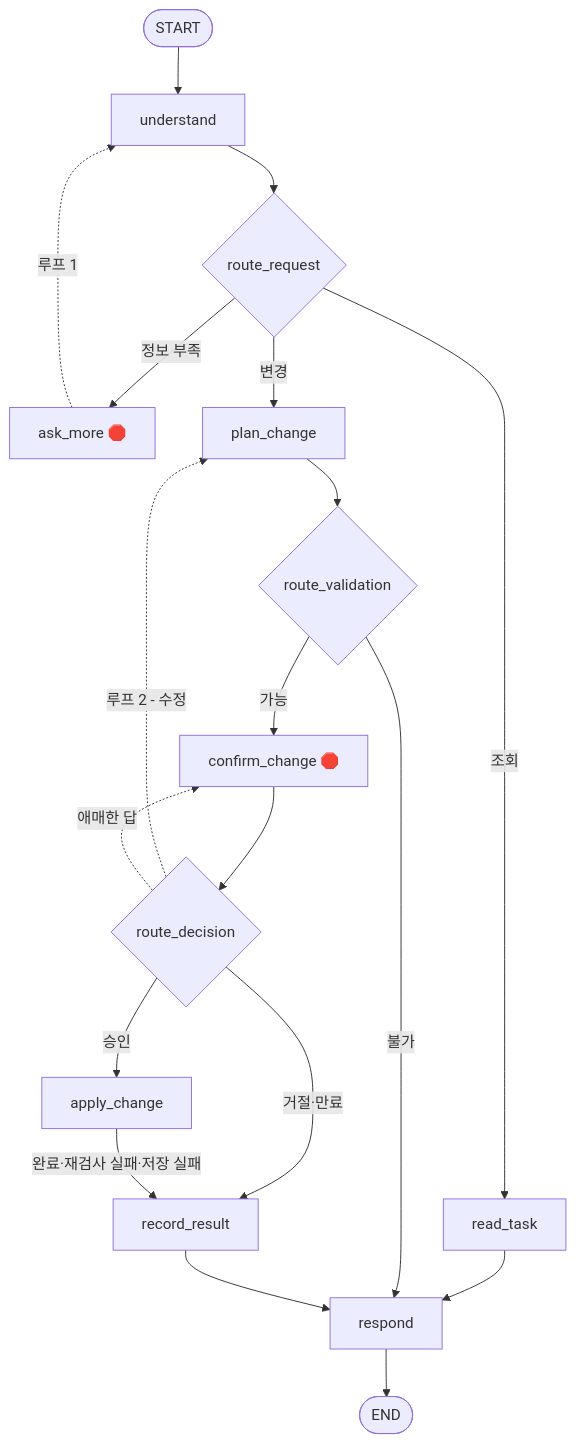
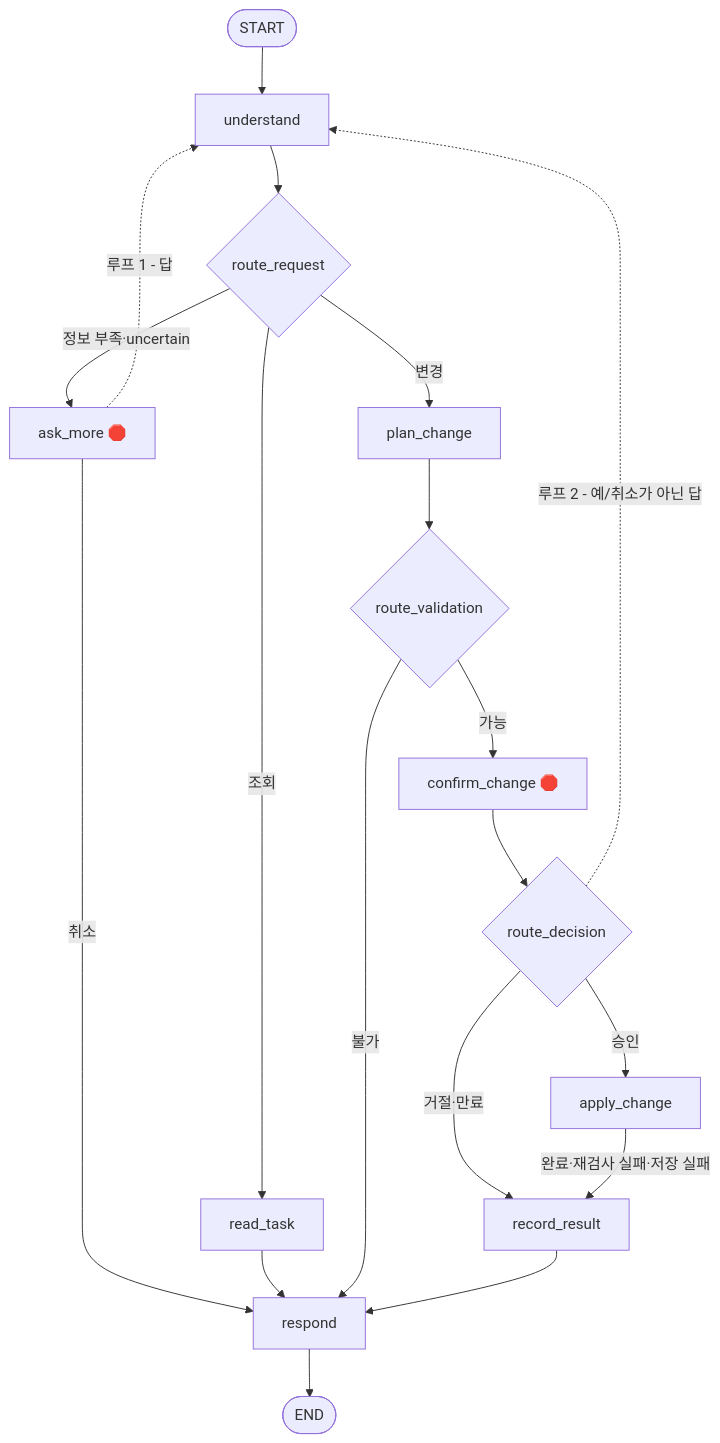
The diagram in docs/설계서.md (noviz-domino/langgraph-financial-agent), drawn with Mermaid before and after one commit. The commit also changed other lines of this file and 3 other files, not shown here.

````diff
--- a/docs/설계서.md
+++ b/docs/설계서.md
@@ -190,21 +191,21 @@
 ```mermaid
 flowchart TD
     S([START]) --> UND["understand"]
     UND --> R1{"route_request"}
-    R1 -->|"정보 부족"| ASK["ask_more 🛑"]
-    ASK -.->|"루프 1"| UND
+    R1 -->|"정보 부족·uncertain"| ASK["ask_more 🛑"]
+    ASK -.->|"루프 1 - 답"| UND
+    ASK -->|"취소"| RESP
     R1 -->|"조회"| READ["read_task"]
     READ --> RESP
     R1 -->|"변경"| PLAN["plan_change"]
     PLAN --> R2{"route_validation"}
     R2 -->|"불가"| RESP
     R2 -->|"가능"| CONF["confirm_change 🛑"]
     CONF --> R3{"route_decision"}
-    R3 -.->|"루프 2 - 수정"| PLAN
-    R3 -.->|"애매한 답"| CONF
+    R3 -.->|"루프 2 - 예/취소가 아닌 답"| UND
     R3 -->|"거절·만료"| REC
     R3 -->|"승인"| APPLY["apply_change"]
     APPLY -->|"완료·재검사 실패·저장 실패"| REC
     REC["record_result"] --> RESP
     RESP["respond"] --> E([END])
 ```
````
